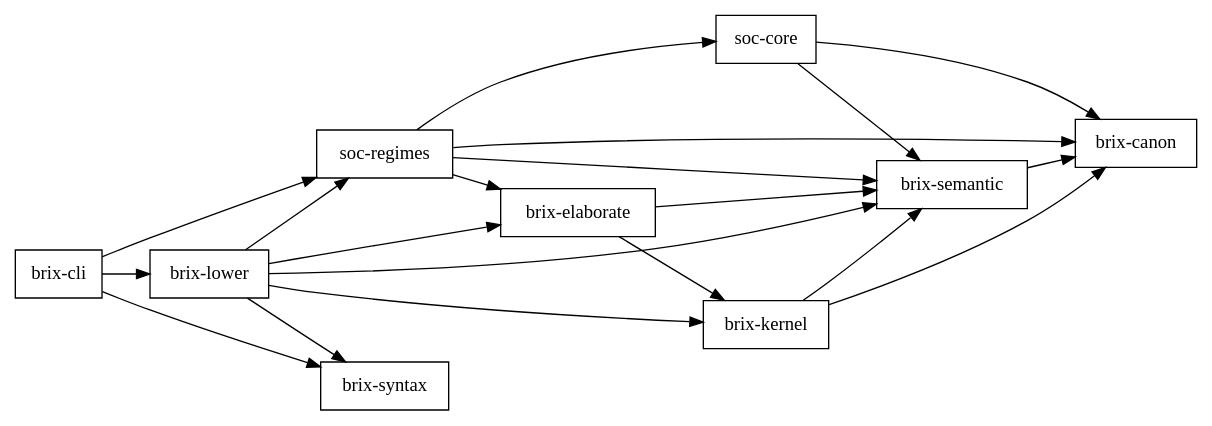
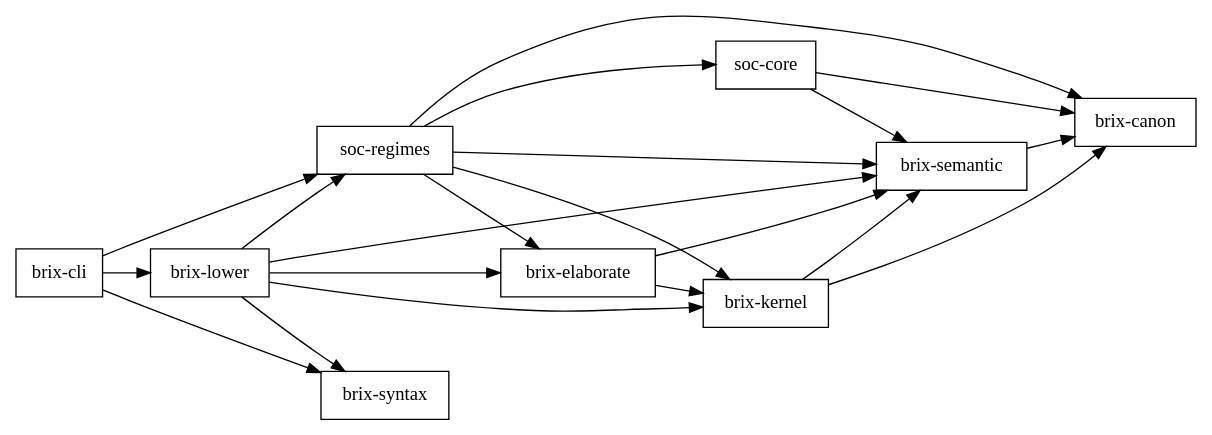
Before and after one commit to tbreijm/brixms: the diagram in docs/audit/issue-63/workspace-dependencies.dot, drawn with Graphviz. The commit also changed 1 other file, not shown here.

Commit message:
audit: regenerate dependency inventory for soc-regimes → brix-kernel edge (ADR-0011 coverage)
Coverage certification (slice 4) makes soc-regimes depend on brix-kernel to
build + kernel-check the coverage certificate. Regenerate the TCB dependency
inventory to record the new edge.

```diff
--- a/docs/audit/issue-63/workspace-dependencies.dot
+++ b/docs/audit/issue-63/workspace-dependencies.dot
@@ -1,32 +1,33 @@
 digraph brixms_workspace {
   rankdir=LR;
   node [shape=box];
   "brix-canon";
   "brix-cli";
   "brix-elaborate";
   "brix-kernel";
   "brix-lower";
   "brix-semantic";
   "brix-syntax";
   "soc-core";
   "soc-regimes";
   "brix-cli" -> "brix-lower";
   "brix-cli" -> "brix-syntax";
   "brix-cli" -> "soc-regimes";
   "brix-elaborate" -> "brix-kernel";
   "brix-elaborate" -> "brix-semantic";
   "brix-kernel" -> "brix-canon";
   "brix-kernel" -> "brix-semantic";
   "brix-lower" -> "brix-elaborate";
   "brix-lower" -> "brix-kernel";
   "brix-lower" -> "brix-semantic";
   "brix-lower" -> "brix-syntax";
   "brix-lower" -> "soc-regimes";
   "brix-semantic" -> "brix-canon";
   "soc-core" -> "brix-canon";
   "soc-core" -> "brix-semantic";
   "soc-regimes" -> "brix-canon";
   "soc-regimes" -> "brix-elaborate";
+  "soc-regimes" -> "brix-kernel";
   "soc-regimes" -> "brix-semantic";
   "soc-regimes" -> "soc-core";
 }
```
